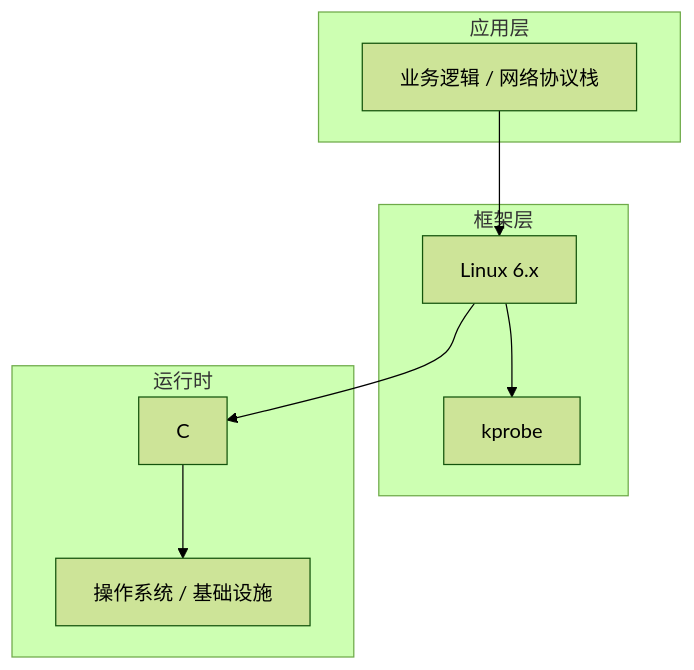
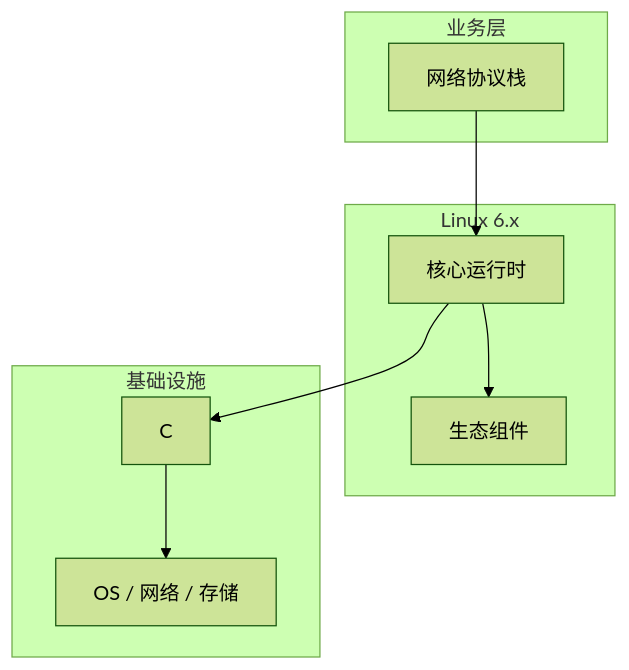
The diagram in articles/Linux内核/chapters/121-网络协议栈核心概念与原理.md (yanggan2015/knowledge-json-v2), drawn with Mermaid (forest theme) before and after one commit. The commit also changed other lines of this file and 10127 other files, not shown here.

````diff
--- a/articles/Linux内核/chapters/121-网络协议栈核心概念与原理.md
+++ b/articles/Linux内核/chapters/121-网络协议栈核心概念与原理.md
@@ -45,18 +34,18 @@
 ```mermaid
 graph TB
-    subgraph 应用层
-        A[业务逻辑 / 网络协议栈]
+    subgraph 业务层
+        A[网络协议栈]
     end
-    subgraph 框架层
-        B[Linux 6.x]
-        C[kprobe]
+    subgraph Linux 6.x
+        B[核心运行时]
+        C[生态组件]
     end
-    subgraph 运行时
+    subgraph 基础设施
         D[C]
-        E[操作系统 / 基础设施]
+        E[OS / 网络 / 存储]
     end
     A --> B
     B --> C
     B --> D
     D --> E
 ```
````
